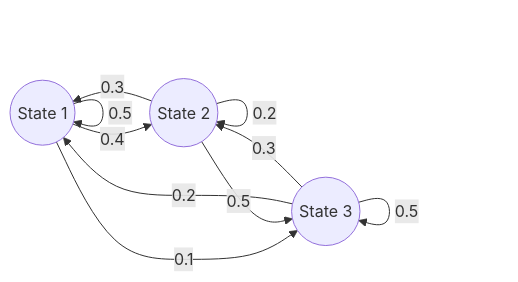
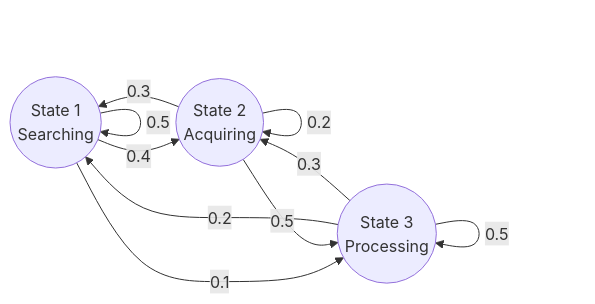
The diagram in content/mathematics/probability/12-markov-chains/11.1-Markov-Property.md (romeo-mhakayakora/knowledge), drawn with Mermaid before and after one commit. The commit also changed other lines of this file, not shown here.

````diff
--- a/content/mathematics/probability/12-markov-chains/11.1-Markov-Property.md
+++ b/content/mathematics/probability/12-markov-chains/11.1-Markov-Property.md
@@ -263,12 +260,12 @@
 ```mermaid
 graph LR
-    S1(("State 1")) -- "0.5" --> S1
-    S1 -- "0.4" --> S2(("State 2"))
-    S1 -- "0.1" --> S3(("State 3"))
+    S1(("State 1<br>Searching")) -- "0.5" --> S1
+    S1 -- "0.4" --> S2(("State 2<br>Acquiring"))
+    S1 -- "0.1" --> S3(("State 3<br>Processing"))
     S2 -- "0.3" --> S1
     S2 -- "0.2" --> S2
     S2 -- "0.5" --> S3
     S3 -- "0.2" --> S1
     S3 -- "0.3" --> S2
     S3 -- "0.5" --> S3
 ```
````
